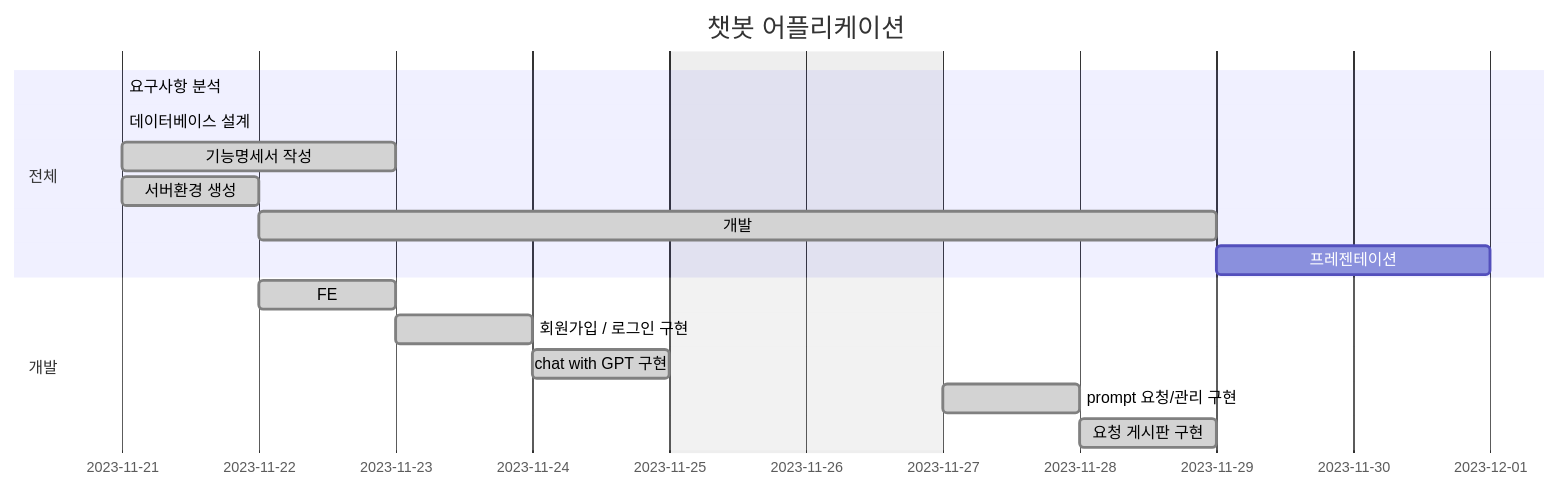
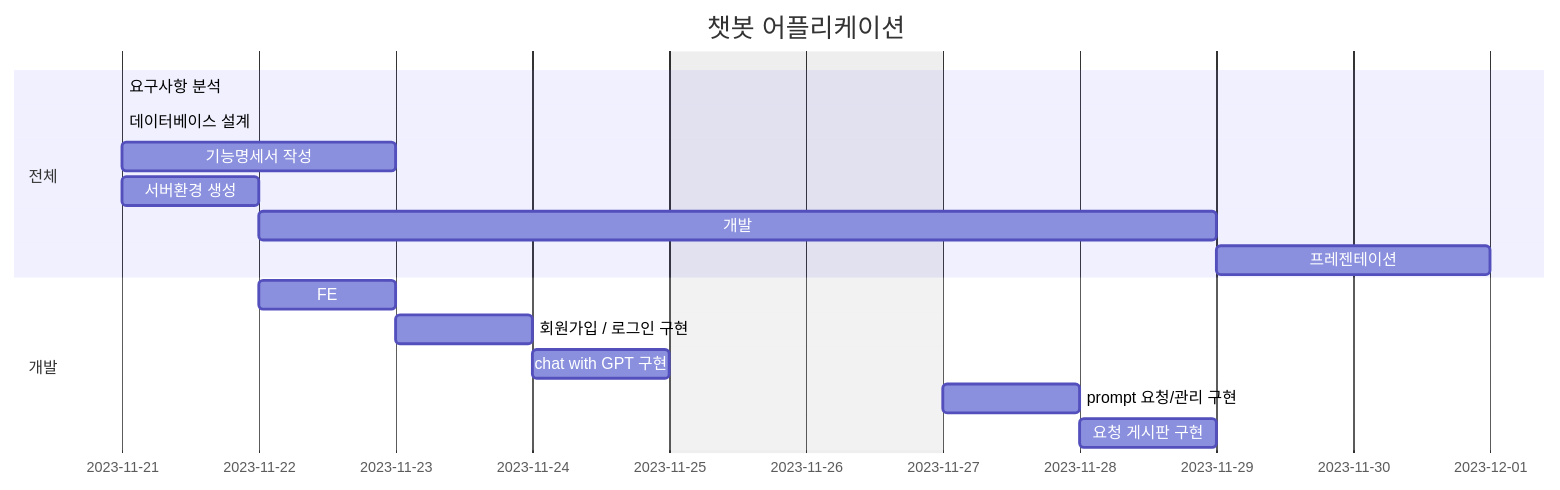
Before and after one commit to jmp7911/mid2_django_drf: the first of 2 diagrams in readme.md, drawn with Mermaid.

````diff
--- a/readme.md
+++ b/readme.md
@@ -33,25 +33,25 @@
 ```mermaid
 gantt
     dateFormat  YYYY-MM-DD
     title       챗봇 어플리케이션
     excludes    weekends
     %% (`excludes` accepts specific dates in YYYY-MM-DD format, days of the week ("sunday") or "weekends", but not the word "weekdays".)
 
     section  전체
-    요구사항 분석            :done,    des1, 2023-11-21, 0d
-    데이터베이스 설계         :done,  des, 2023-11-21, 0d
-    기능명세서 작성         :done,  des2, 2023-11-21, 2d
-    서버환경 생성         :done,  des3, 2023-11-21, 1d
-    개발                   :done, des4, after des3, 5d
+    요구사항 분석            :    des1, 2023-11-21, 0d
+    데이터베이스 설계         :  des, 2023-11-21, 0d
+    기능명세서 작성         :  des2, 2023-11-21, 2d
+    서버환경 생성         :  des3, 2023-11-21, 1d
+    개발                   : des4, after des3, 5d
     프레젠테이션             :des5, after des4, 2d
 
     section  개발
-    FE            : done,   dev1, after des3, 1d
-    회원가입 / 로그인 구현 :done,   dev2, after dev1, 1d
-    chat with GPT 구현 :done,   dev3, after dev2, 1d
-    prompt 요청/관리 구현 :done,   dev4, after dev3, 1d 
-    요청 게시판 구현 : done,  dev5, after dev4, 1d 
+    FE            :    dev1, after des3, 1d
+    회원가입 / 로그인 구현 :   dev2, after dev1, 1d
+    chat with GPT 구현 :   dev3, after dev2, 1d
+    prompt 요청/관리 구현 :   dev4, after dev3, 1d 
+    요청 게시판 구현 :   dev5, after dev4, 1d 
 
     
     
 ```
````
